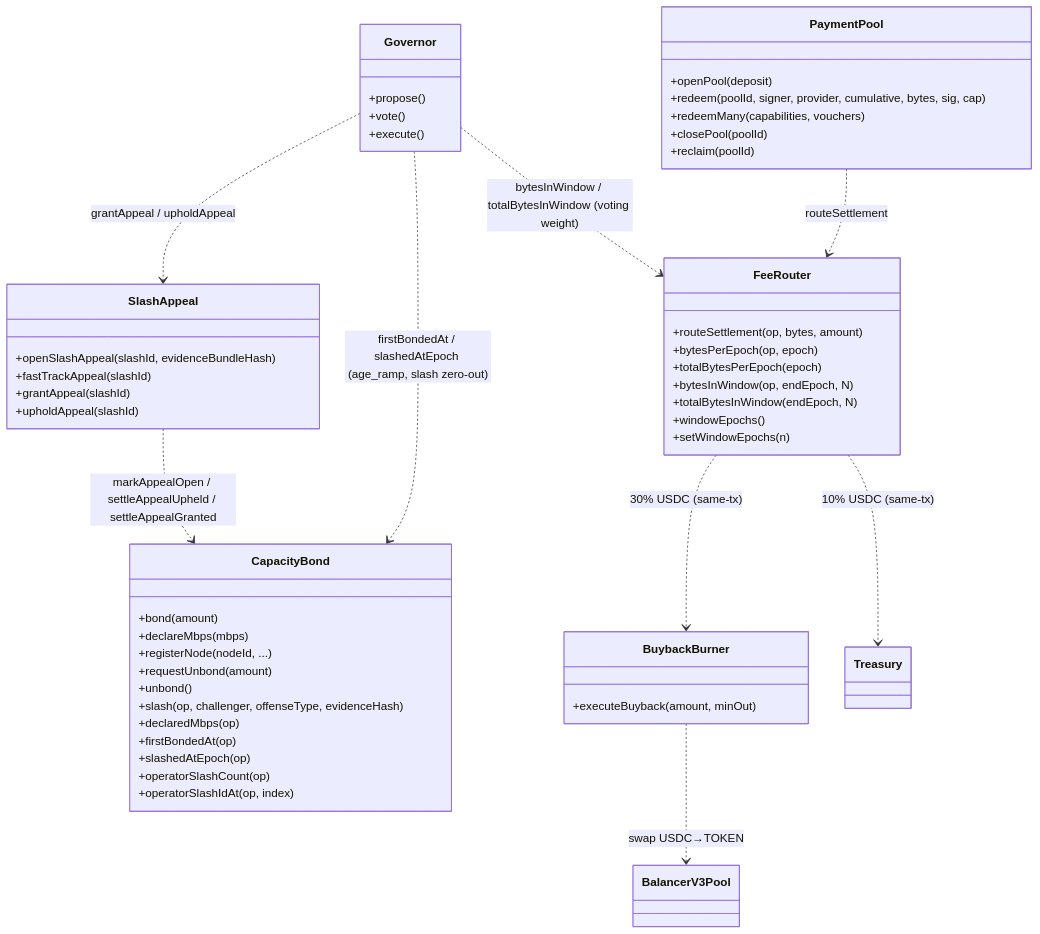
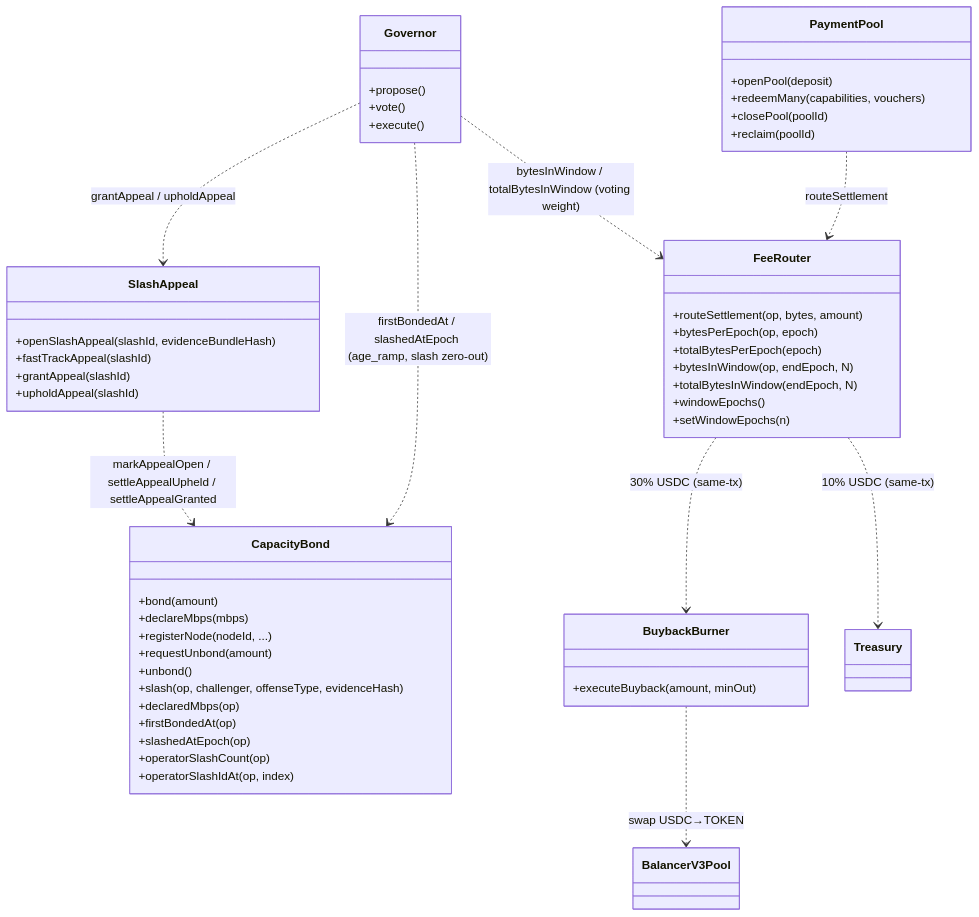
The first of 5 diagrams in adr/016-contract-interactions.md (decdn/decdn), drawn with Mermaid before and after one commit. The commit also changed other lines of this file and 22 other files, not shown here.

````diff
--- a/adr/016-contract-interactions.md
+++ b/adr/016-contract-interactions.md
@@ -41,57 +41,56 @@
 ```mermaid
 classDiagram
     class PaymentPool {
         +openPool(deposit)
-        +redeem(poolId, signer, provider, cumulative, bytes, sig, cap)
         +redeemMany(capabilities, vouchers)
         +closePool(poolId)
         +reclaim(poolId)
     }
     class FeeRouter {
         +routeSettlement(op, bytes, amount)
         +bytesPerEpoch(op, epoch)
         +totalBytesPerEpoch(epoch)
         +bytesInWindow(op, endEpoch, N)
         +totalBytesInWindow(endEpoch, N)
         +windowEpochs()
         +setWindowEpochs(n)
     }
     class CapacityBond {
         +bond(amount)
         +declareMbps(mbps)
         +registerNode(nodeId, ...)
         +requestUnbond(amount)
         +unbond()
         +slash(op, challenger, offenseType, evidenceHash)
         +declaredMbps(op)
         +firstBondedAt(op)
         +slashedAtEpoch(op)
         +operatorSlashCount(op)
         +operatorSlashIdAt(op, index)
     }
     class BuybackBurner {
         +executeBuyback(amount, minOut)
     }
     class SlashAppeal {
         +openSlashAppeal(slashId, evidenceBundleHash)
         +fastTrackAppeal(slashId)
         +grantAppeal(slashId)
         +upholdAppeal(slashId)
     }
     class Governor {
         +propose()
         +vote()
         +execute()
     }
     class Treasury
     class BalancerV3Pool
 
     PaymentPool ..> FeeRouter : routeSettlement
     FeeRouter ..> BuybackBurner : 30% USDC (same-tx)
     FeeRouter ..> Treasury : 10% USDC (same-tx)
     BuybackBurner ..> BalancerV3Pool : swap USDC→TOKEN
     Governor ..> FeeRouter : bytesInWindow / totalBytesInWindow (voting weight)
     Governor ..> CapacityBond : firstBondedAt / slashedAtEpoch (age_ramp, slash zero-out)
     SlashAppeal ..> CapacityBond : markAppealOpen / settleAppealUpheld / settleAppealGranted
     Governor ..> SlashAppeal : grantAppeal / upholdAppeal
 ```
````
